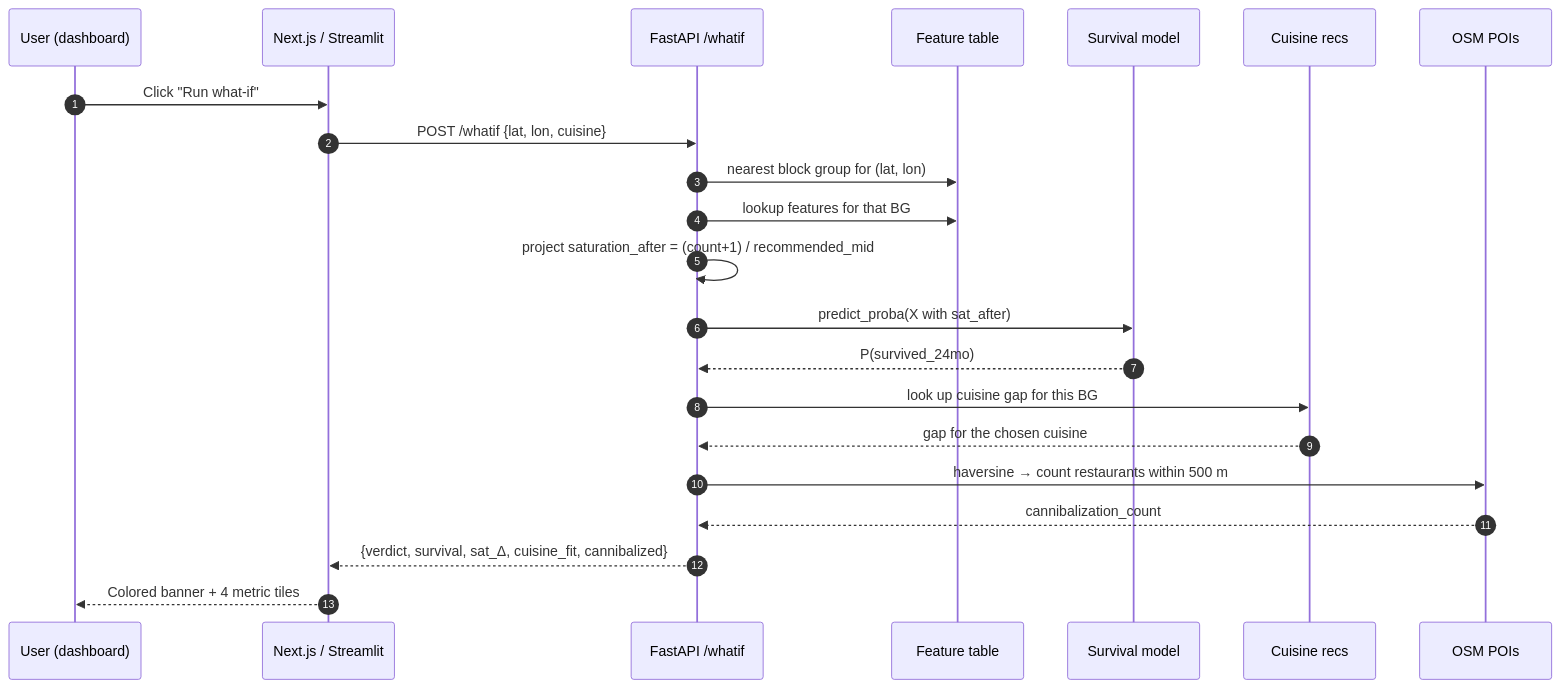
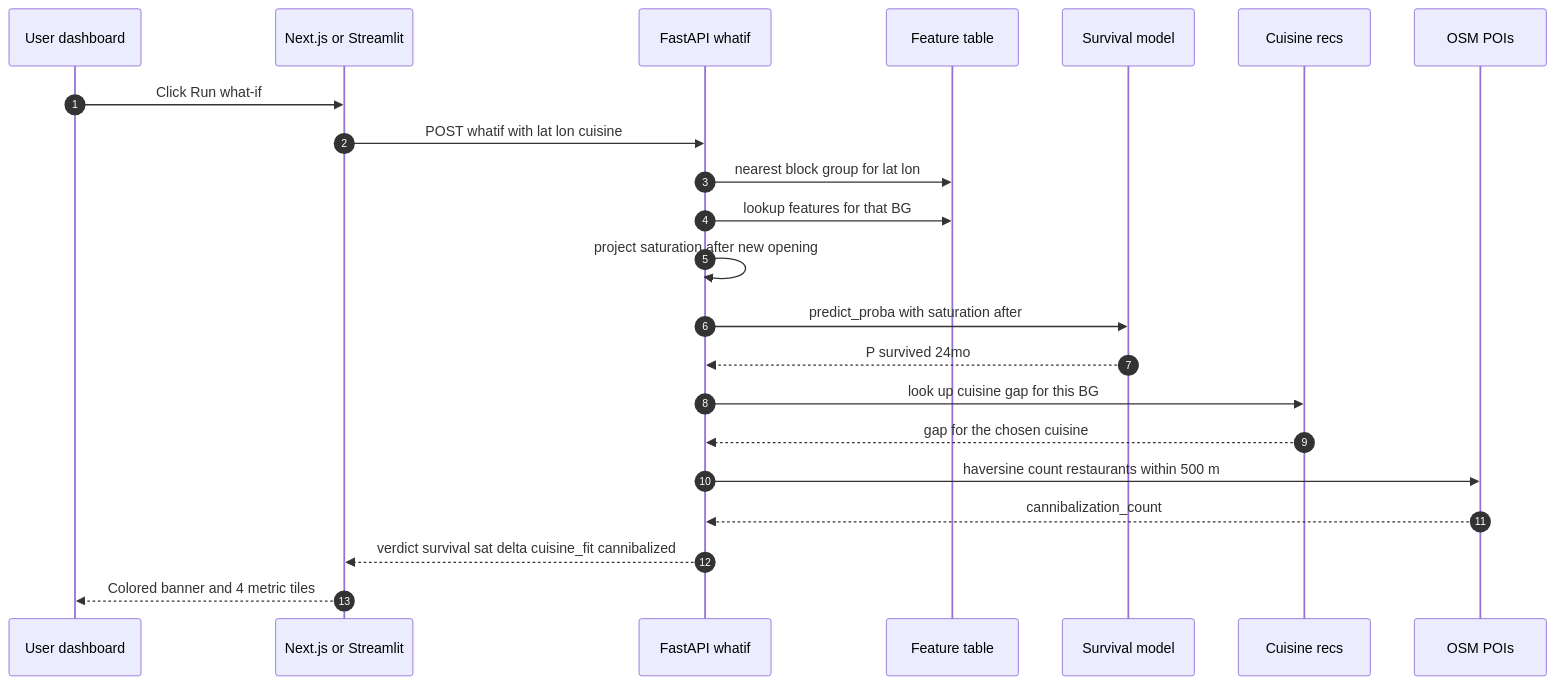
The third of 3 diagrams in README.md (jai0812/boston-restaurant-saturation), drawn with Mermaid before and after one commit. The commit also changed other lines of this file, not shown here.

First line of the commit message:
docs: fix Mermaid diagrams to render on GitHub

````diff
--- a/README.md
+++ b/README.md
@@ -155,25 +155,25 @@
 ```mermaid
 sequenceDiagram
     autonumber
-    participant U as User (dashboard)
-    participant W as Next.js / Streamlit
-    participant A as FastAPI /whatif
+    participant U as User dashboard
+    participant W as Next.js or Streamlit
+    participant A as FastAPI whatif
     participant F as Feature table
     participant S as Survival model
     participant C as Cuisine recs
     participant O as OSM POIs
 
-    U->>W: Click "Run what-if"
-    W->>A: POST /whatif {lat, lon, cuisine}
-    A->>F: nearest block group for (lat, lon)
+    U->>W: Click Run what-if
+    W->>A: POST whatif with lat lon cuisine
+    A->>F: nearest block group for lat lon
     A->>F: lookup features for that BG
-    A->>A: project saturation_after = (count+1) / recommended_mid
-    A->>S: predict_proba(X with sat_after)
-    S-->>A: P(survived_24mo)
+    A->>A: project saturation after new opening
+    A->>S: predict_proba with saturation after
+    S-->>A: P survived 24mo
     A->>C: look up cuisine gap for this BG
     C-->>A: gap for the chosen cuisine
-    A->>O: haversine → count restaurants within 500 m
+    A->>O: haversine count restaurants within 500 m
     O-->>A: cannibalization_count
-    A-->>W: {verdict, survival, sat_Δ, cuisine_fit, cannibalized}
-    W-->>U: Colored banner + 4 metric tiles
+    A-->>W: verdict survival sat delta cuisine_fit cannibalized
+    W-->>U: Colored banner and 4 metric tiles
 ```
````
